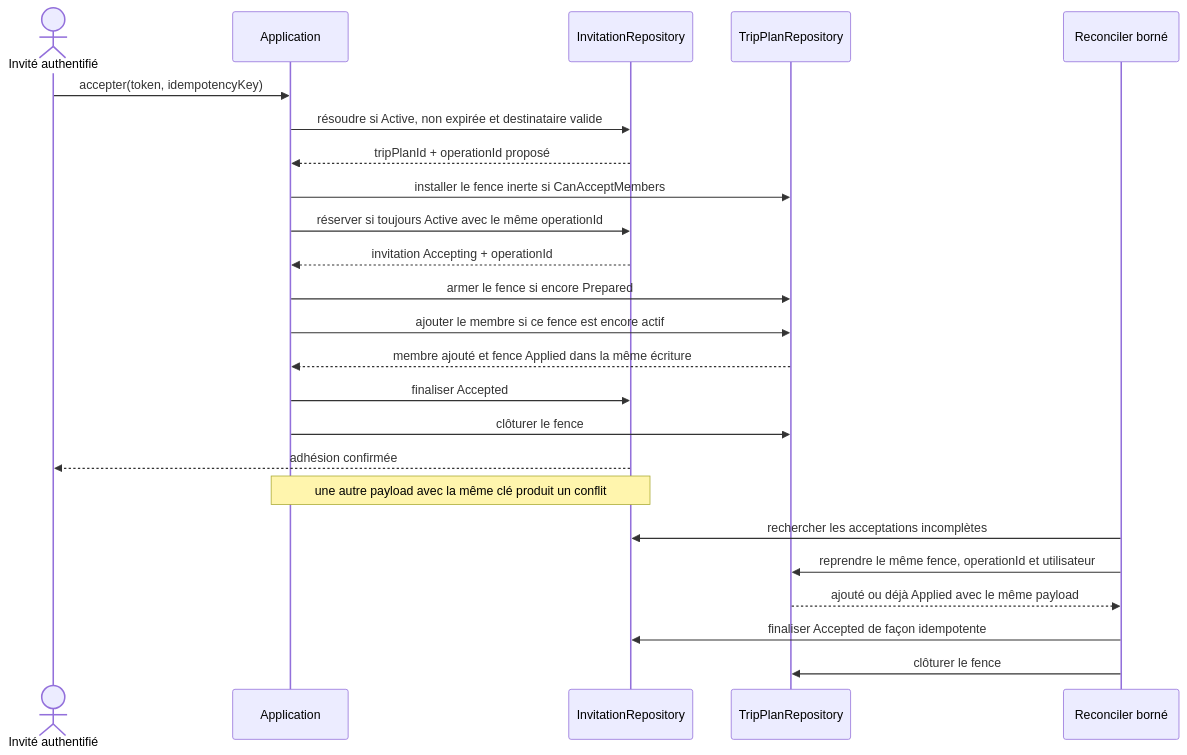
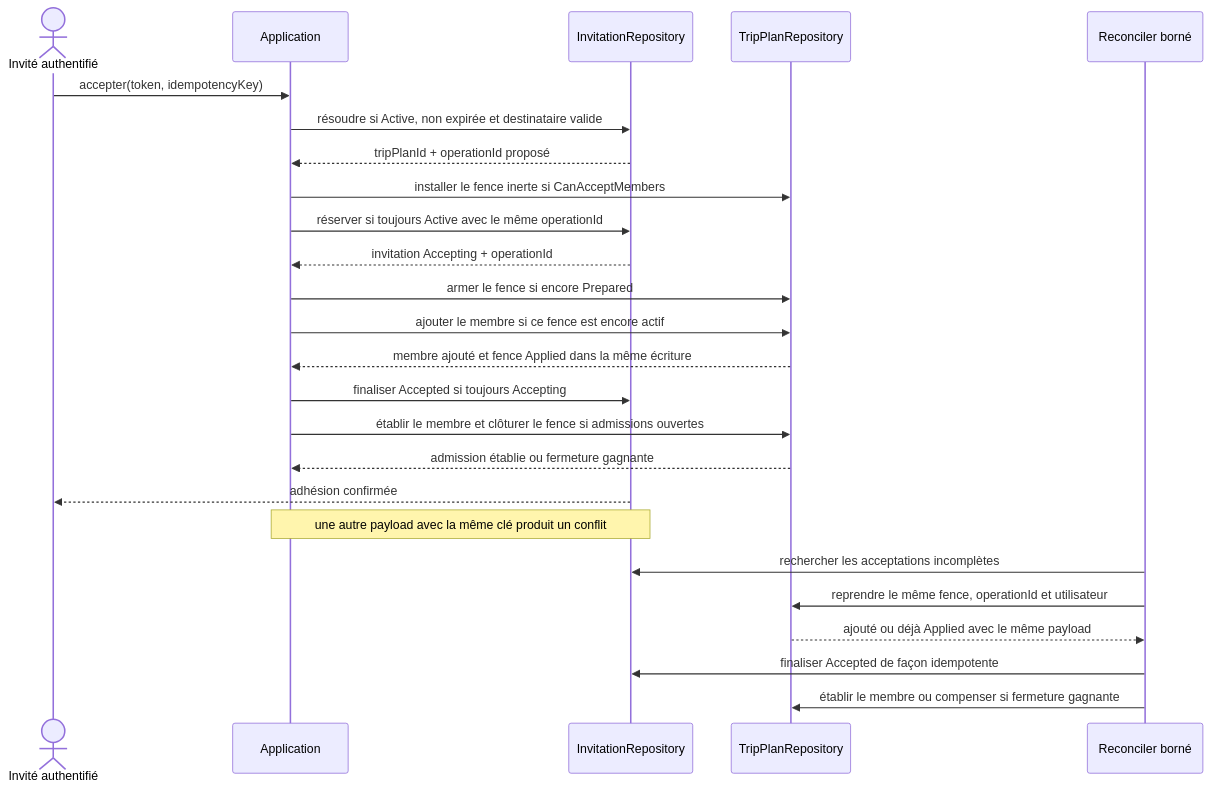
Before and after one commit to Ced59/AmusementParkProject: the second of 4 diagrams in docs/architecture/product-growth-trip-01-aggregate-roles-privacy-2026-09-17.md, drawn with Mermaid. The commit also changed other lines of this file, not shown here.

Commit message:
docs(trip): lineariser la fermeture des admissions

````diff
--- a/docs/architecture/product-growth-trip-01-aggregate-roles-privacy-2026-09-17.md
+++ b/docs/architecture/product-growth-trip-01-aggregate-roles-privacy-2026-09-17.md
@@ -255,27 +256,28 @@
 ```mermaid
 sequenceDiagram
     actor I as Invité authentifié
     participant A as Application
     participant R as InvitationRepository
     participant P as TripPlanRepository
     participant J as Reconciler borné
 
     I->>A: accepter(token, idempotencyKey)
     A->>R: résoudre si Active, non expirée et destinataire valide
     R-->>A: tripPlanId + operationId proposé
     A->>P: installer le fence inerte si CanAcceptMembers
     A->>R: réserver si toujours Active avec le même operationId
     R-->>A: invitation Accepting + operationId
     A->>P: armer le fence si encore Prepared
     A->>P: ajouter le membre si ce fence est encore actif
     P-->>A: membre ajouté et fence Applied dans la même écriture
-    A->>R: finaliser Accepted
-    A->>P: clôturer le fence
+    A->>R: finaliser Accepted si toujours Accepting
+    A->>P: établir le membre et clôturer le fence si admissions ouvertes
+    P-->>A: admission établie ou fermeture gagnante
     R-->>I: adhésion confirmée
     Note over A,R: une autre payload avec la même clé produit un conflit
     J->>R: rechercher les acceptations incomplètes
     J->>P: reprendre le même fence, operationId et utilisateur
     P-->>J: ajouté ou déjà Applied avec le même payload
     J->>R: finaliser Accepted de façon idempotente
-    J->>P: clôturer le fence
+    J->>P: établir le membre ou compenser si fermeture gagnante
 ```
````
